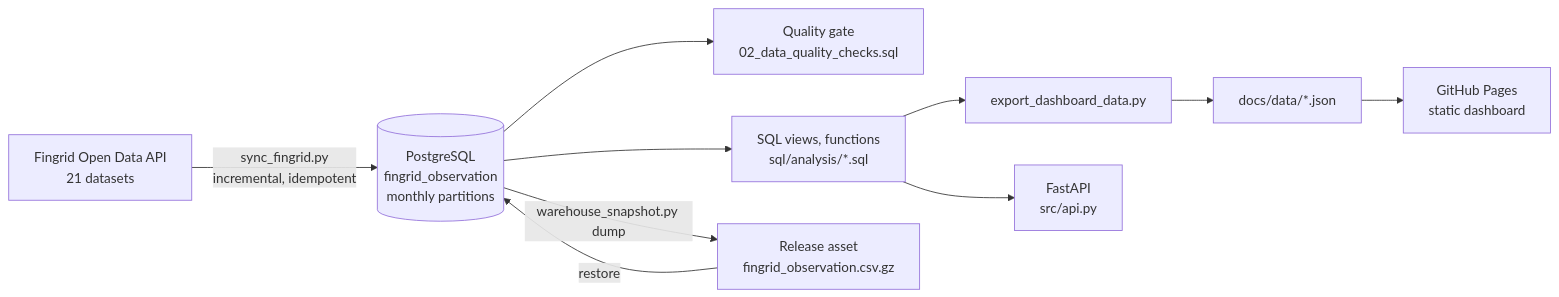
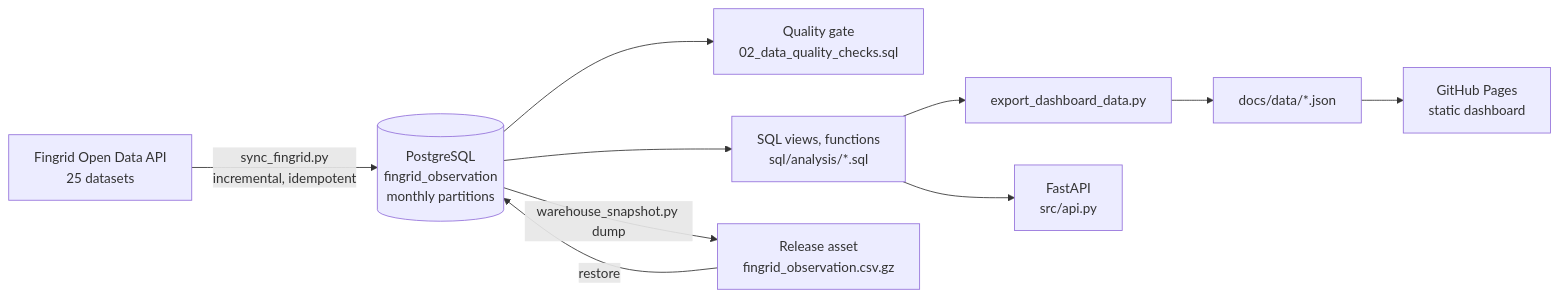
Before and after one commit to miladgk/industrial-energy-sql-pipeline: the diagram in README.md, drawn with Mermaid. The commit also changed other lines of this file and 17 other files, not shown here.

````diff
--- a/README.md
+++ b/README.md
@@ -34,10 +35,10 @@
 ```mermaid
 flowchart LR
-    F[Fingrid Open Data API<br/>21 datasets] -->|sync_fingrid.py<br/>incremental, idempotent| W[(PostgreSQL<br/>fingrid_observation<br/>monthly partitions)]
+    F[Fingrid Open Data API<br/>25 datasets] -->|sync_fingrid.py<br/>incremental, idempotent| W[(PostgreSQL<br/>fingrid_observation<br/>monthly partitions)]
     W --> Q[Quality gate<br/>02_data_quality_checks.sql]
     W --> S[SQL views, functions<br/>sql/analysis/*.sql]
     S --> E[export_dashboard_data.py] --> J[docs/data/*.json] --> P[GitHub Pages<br/>static dashboard]
     S --> A[FastAPI<br/>src/api.py]
     W -->|warehouse_snapshot.py dump| R[Release asset<br/>fingrid_observation.csv.gz]
     R -->|restore| W
 ```
````
